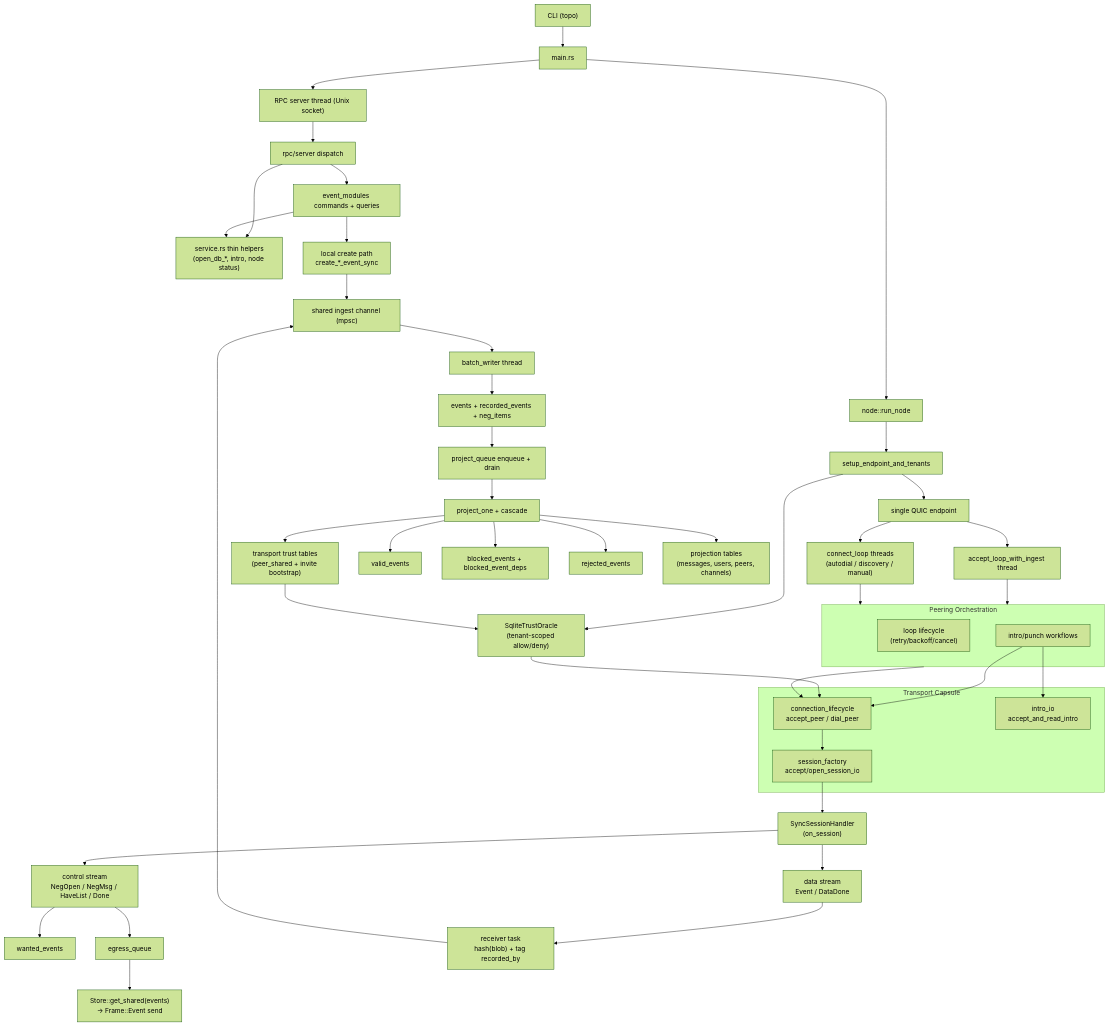
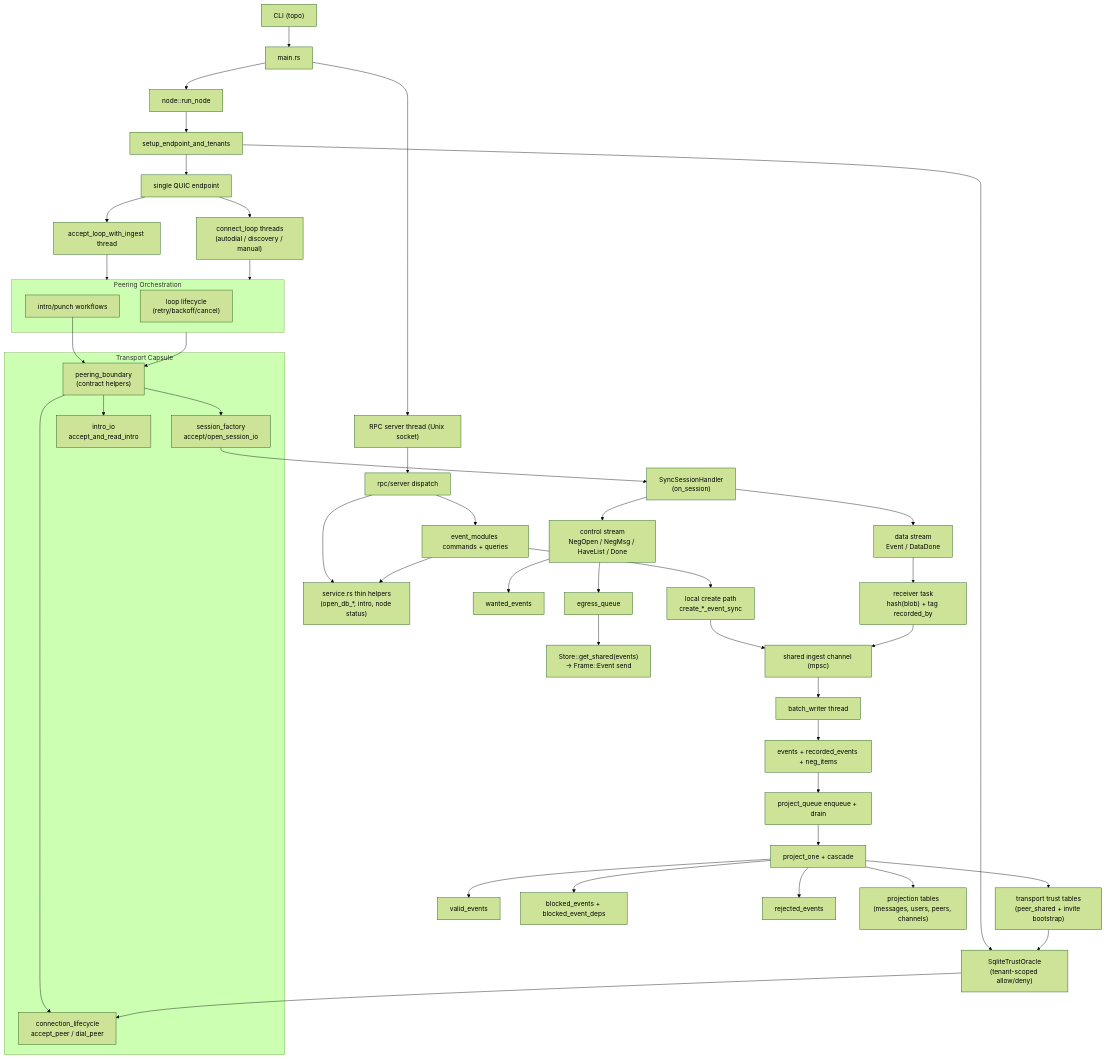
Before and after one commit to holmesworcester/topo: the second of 8 diagrams in docs/CURRENT_RUNTIME_DIAGRAM.md, drawn with Mermaid (forest theme). The commit also changed other lines of this file and 1 other file, not shown here.

Commit message:
Update runtime diagram and add peering boundary unit tests

````diff
--- a/docs/CURRENT_RUNTIME_DIAGRAM.md
+++ b/docs/CURRENT_RUNTIME_DIAGRAM.md
@@ -39,65 +39,67 @@
 ```mermaid
 flowchart TD
     CLI["CLI (topo)"] --> MAIN["main.rs"]
     MAIN --> RPC["RPC server thread (Unix socket)"]
     MAIN --> NODE["node::run_node"]
 
     RPC --> DISPATCH["rpc/server dispatch"]
     DISPATCH --> EMQ["event_modules commands + queries"]
     DISPATCH --> SVC["service.rs thin helpers\n(open_db_*, intro, node status)"]
     EMQ --> SVC
 
     EMQ --> LOCAL["local create path\ncreate_*_event_sync"]
     LOCAL --> INGEST["shared ingest channel (mpsc)"]
 
     NODE --> START["setup_endpoint_and_tenants"]
     START --> EP["single QUIC endpoint"]
     START --> TRUST["SqliteTrustOracle\n(tenant-scoped allow/deny)"]
 
     INGEST --> WRITER["batch_writer thread"]
     WRITER --> STORE["events + recorded_events + neg_items"]
     STORE --> PROJ_Q["project_queue enqueue + drain"]
     PROJ_Q --> PROJ["project_one + cascade"]
 
     EP --> ACCEPT["accept_loop_with_ingest thread"]
     EP --> CONNECT["connect_loop threads\n(autodial / discovery / manual)"]
 
     ACCEPT --> ORCH
     CONNECT --> ORCH
 
     subgraph ORCH["Peering Orchestration"]
       CYCLE["loop lifecycle\n(retry/backoff/cancel)"]
       INTRO["intro/punch workflows"]
     end
 
     subgraph TRANS["Transport Capsule"]
+      BOUND["peering_boundary\n(contract helpers)"]
       LIFE["connection_lifecycle\naccept_peer / dial_peer"]
       FACT["session_factory\naccept/open_session_io"]
       IIO["intro_io\naccept_and_read_intro"]
     end
 
-    ORCH --> LIFE
-    INTRO --> LIFE
-    LIFE --> FACT
-    INTRO --> IIO
+    ORCH --> BOUND
+    INTRO --> BOUND
+    BOUND --> LIFE
+    BOUND --> FACT
+    BOUND --> IIO
 
     FACT --> SYNC["SyncSessionHandler\n(on_session)"]
     SYNC --> CTRL["control stream\nNegOpen / NegMsg / HaveList / Done"]
     SYNC --> DATA["data stream\nEvent / DataDone"]
 
     CTRL --> WANT["wanted_events"]
     CTRL --> EGRESS["egress_queue"]
     EGRESS --> SEND["Store::get_shared(events)\n-> Frame::Event send"]
 
     DATA --> RECV["receiver task\nhash(blob) + tag recorded_by"]
     RECV --> INGEST
 
     PROJ --> VALID["valid_events"]
     PROJ --> BLOCKED["blocked_events + blocked_event_deps"]
     PROJ --> REJECTED["rejected_events"]
     PROJ --> READS["projection tables\n(messages, users, peers, channels)"]
     PROJ --> TRUST_DB["transport trust tables\n(peer_shared + invite bootstrap)"]
 
     TRUST_DB --> TRUST
     TRUST --> LIFE
 ```
````
